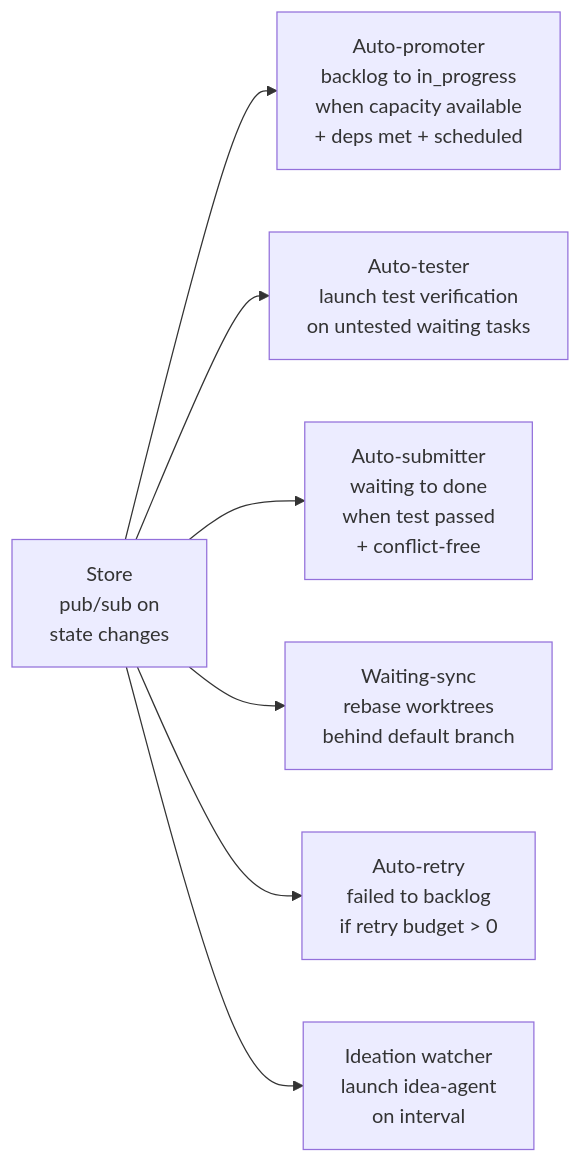
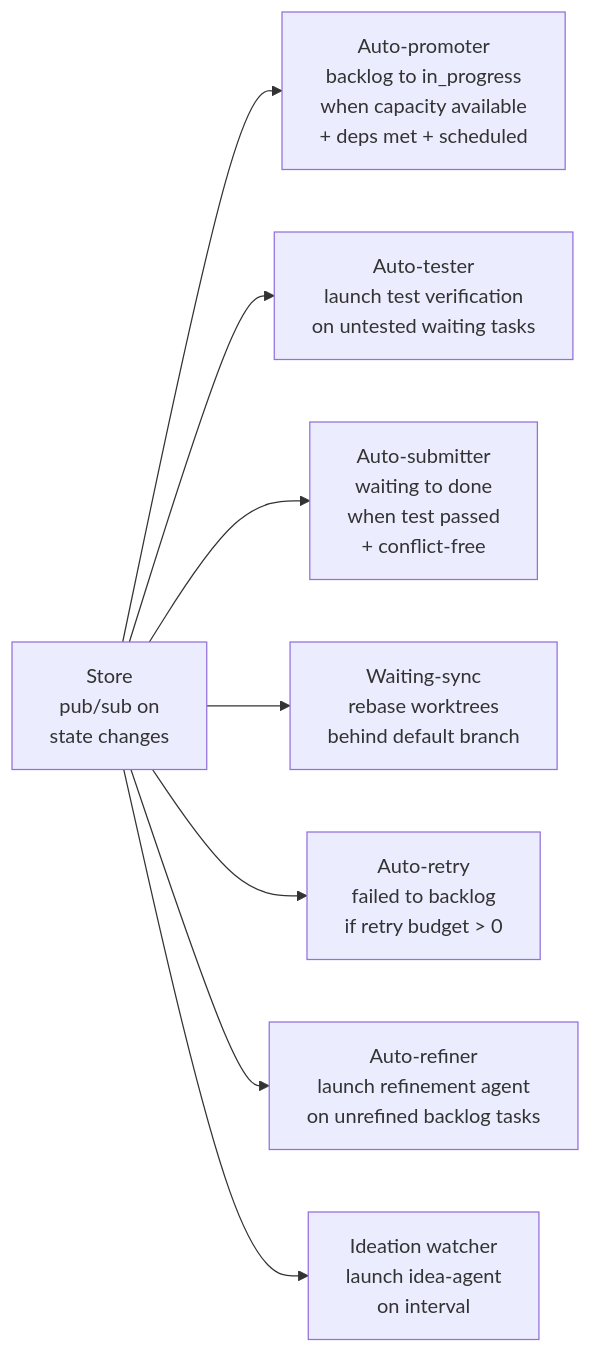
One commit to changkun/wallfacer changed the fourth of 4 diagrams in docs/internals/architecture.md. Above: the diagram before and after it, drawn with Mermaid. The commit also changed other lines of this file and 6 other files, not shown here.

````diff
--- a/docs/internals/architecture.md
+++ b/docs/internals/architecture.md
@@ -106,11 +105,12 @@
 ```mermaid
 flowchart LR
     PubSub["Store<br/>pub/sub on<br/>state changes"]
 
     PubSub --> Promoter["Auto-promoter<br/>backlog to in_progress<br/>when capacity available<br/>+ deps met + scheduled"]
     PubSub --> Tester["Auto-tester<br/>launch test verification<br/>on untested waiting tasks"]
     PubSub --> Submitter["Auto-submitter<br/>waiting to done<br/>when test passed<br/>+ conflict-free"]
     PubSub --> Sync["Waiting-sync<br/>rebase worktrees<br/>behind default branch"]
     PubSub --> Retry["Auto-retry<br/>failed to backlog<br/>if retry budget > 0"]
+    PubSub --> Refiner["Auto-refiner<br/>launch refinement agent<br/>on unrefined backlog tasks"]
     PubSub --> Ideation["Ideation watcher<br/>launch idea-agent<br/>on interval"]
 ```
````
